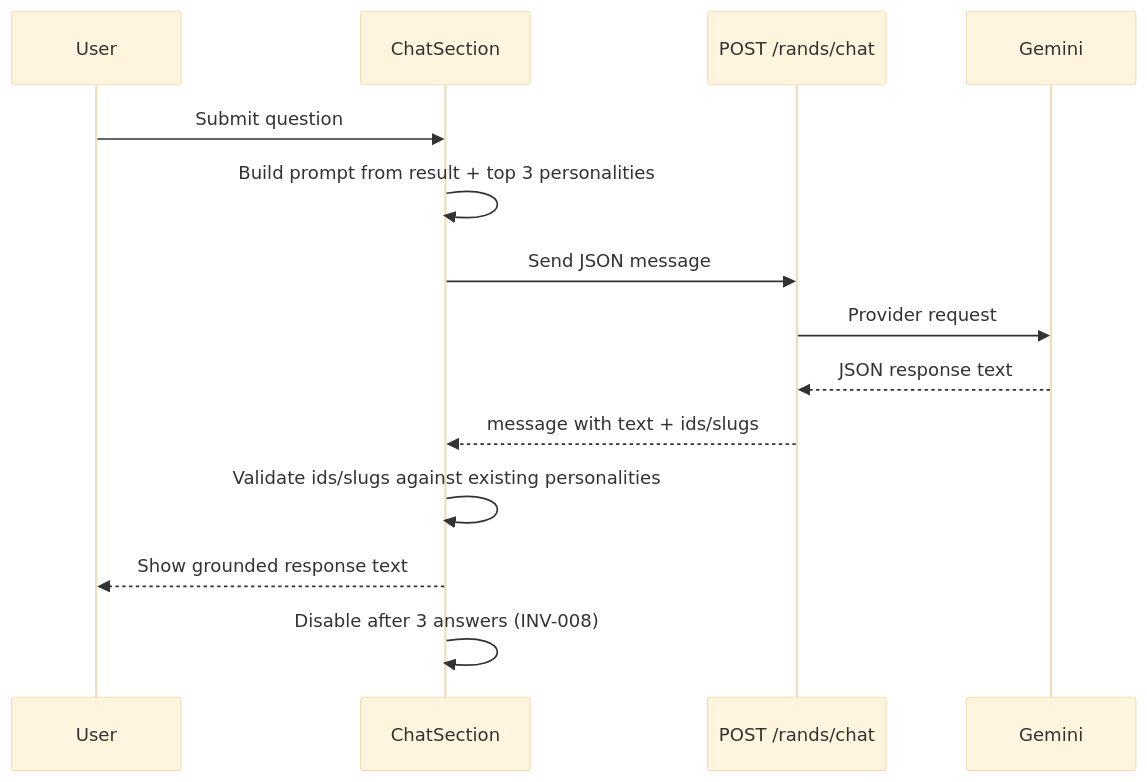
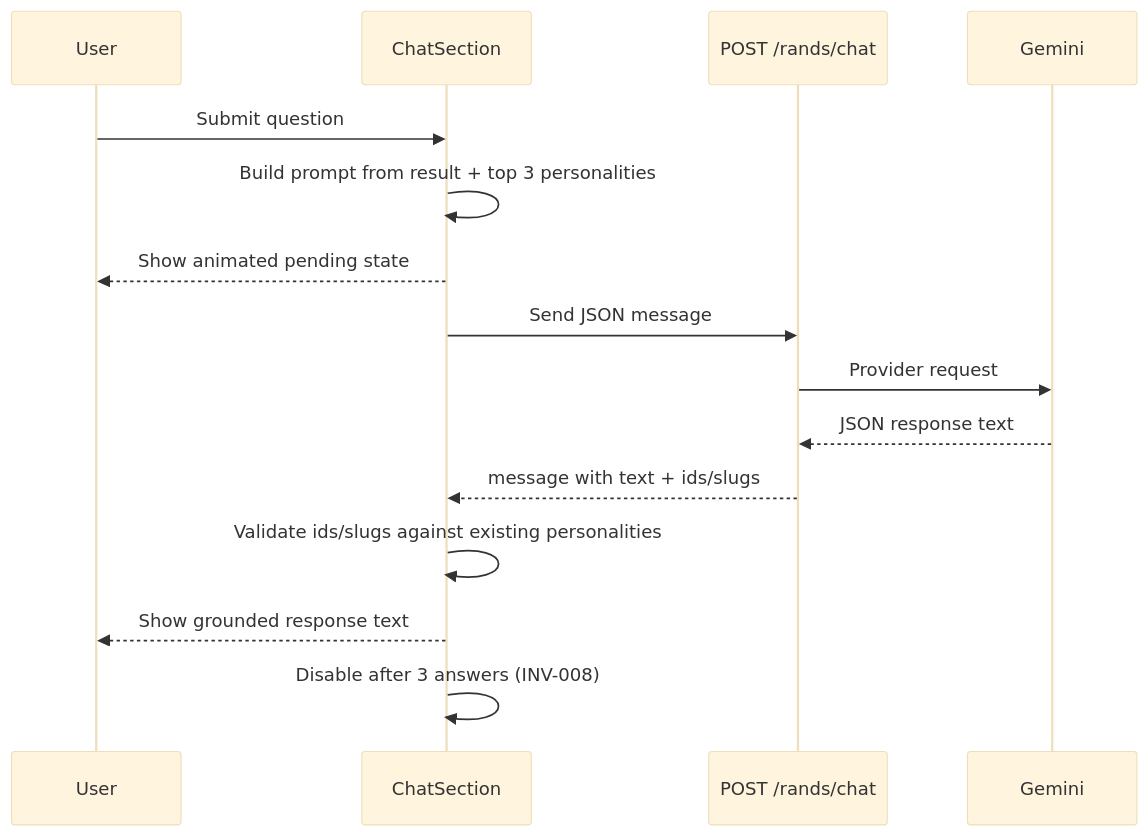
The third of 3 diagrams in architecture.md (johnpfeiffer/rands-personality-game), drawn with Mermaid (base theme) before and after one commit. The commit also changed other lines of this file and 4 other files, not shown here.

````diff
--- a/architecture.md
+++ b/architecture.md
@@ -67,17 +67,18 @@
 ```mermaid
 sequenceDiagram
   participant User
   participant ChatSection
   participant Worker as POST /rands/chat
   participant Gemini
 
   User->>ChatSection: Submit question
   ChatSection->>ChatSection: Build prompt from result + top 3 personalities
+  ChatSection-->>User: Show animated pending state
   ChatSection->>Worker: Send JSON message
   Worker->>Gemini: Provider request
   Gemini-->>Worker: JSON response text
   Worker-->>ChatSection: message with text + ids/slugs
   ChatSection->>ChatSection: Validate ids/slugs against existing personalities
   ChatSection-->>User: Show grounded response text
   ChatSection->>ChatSection: Disable after 3 answers (INV-008)
 ```
````
